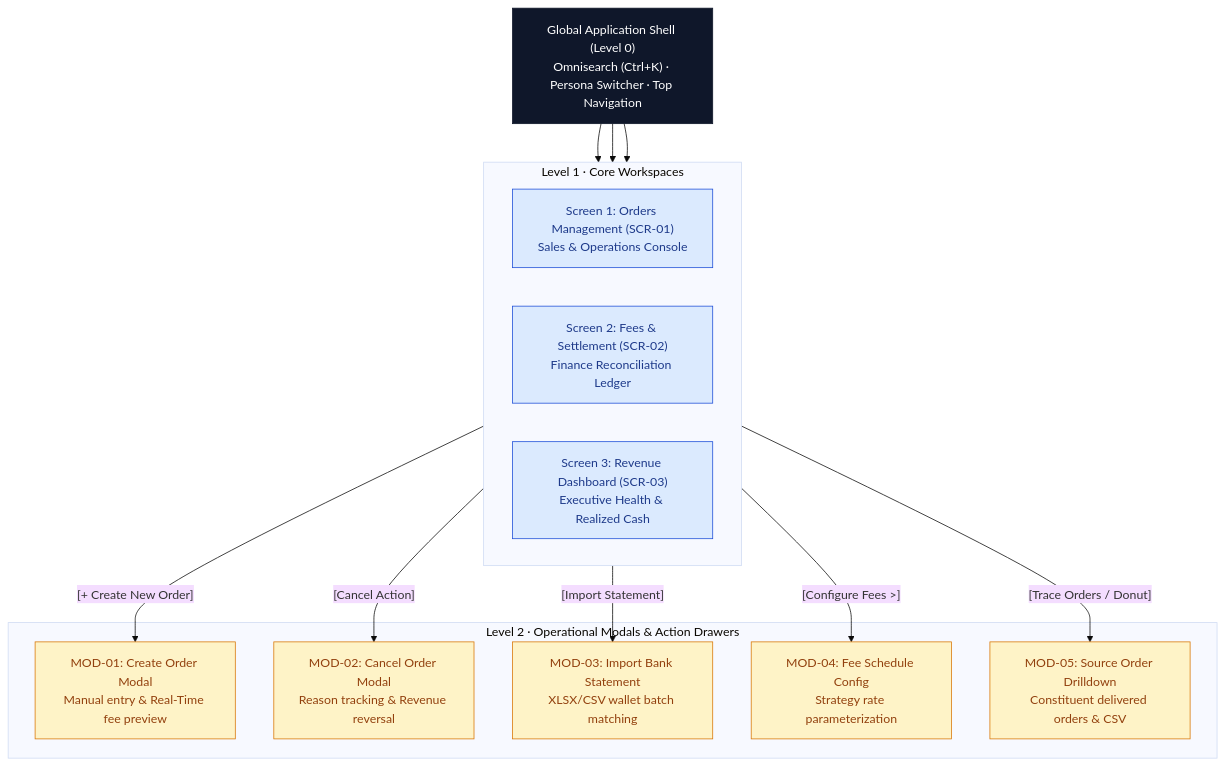
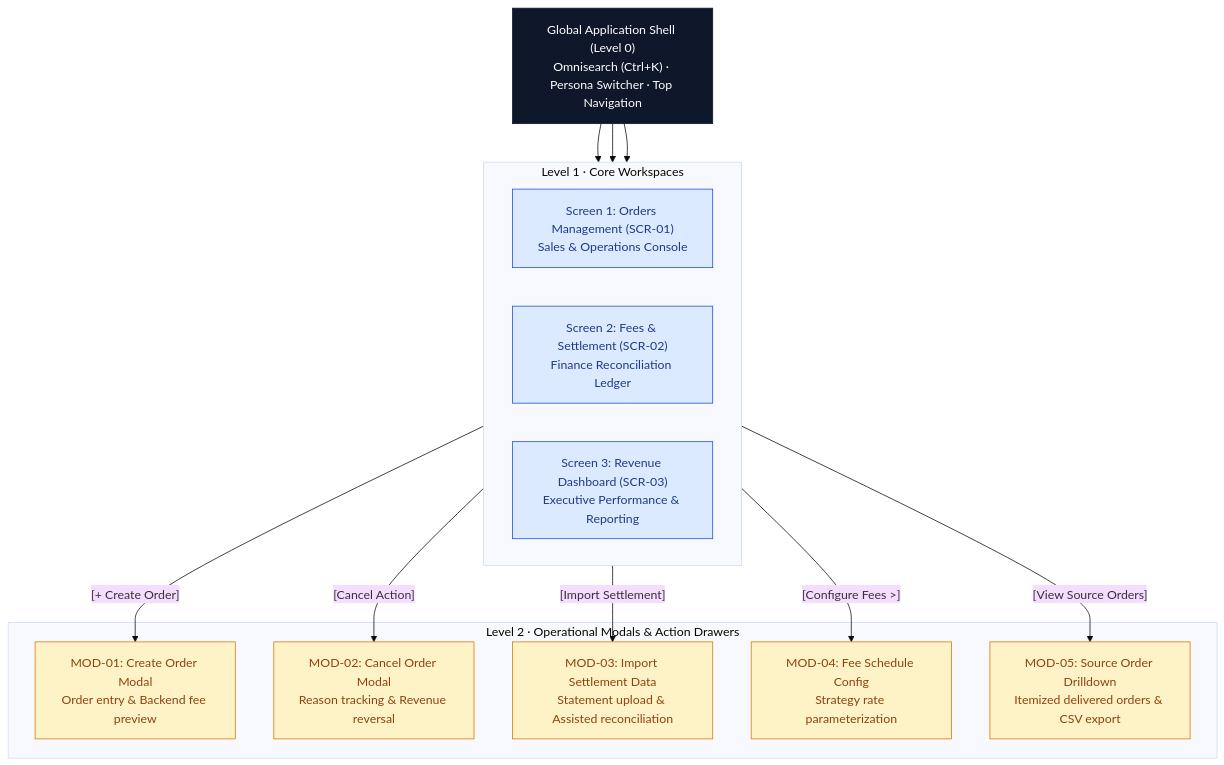
The first of 3 diagrams in docs/uiux_specifications.md (duchoa0405/Quanly_DoanhThu_LoiNhuan_DangDucHoa_VSF), drawn with Mermaid (base theme) before and after one commit. The commit also changed other lines of this file and 1 other file, not shown here.

Commit message:
docs(uiux): unify typography, remove badge colors, fix zero fee colors and separate table headers

````diff
--- a/docs/uiux_specifications.md
+++ b/docs/uiux_specifications.md
@@ -129,36 +280,36 @@
 ```mermaid
 flowchart TB
     Shell["Global Application Shell (Level 0)<br/>Omnisearch (Ctrl+K) · Persona Switcher · Top Navigation"]
 
     subgraph Screens["Level 1 · Core Workspaces"]
         direction LR
         SCR01["Screen 1: Orders Management (SCR-01)<br/>Sales & Operations Console"]
         SCR02["Screen 2: Fees & Settlement (SCR-02)<br/>Finance Reconciliation Ledger"]
-        SCR03["Screen 3: Revenue Dashboard (SCR-03)<br/>Executive Health & Realized Cash"]
+        SCR03["Screen 3: Revenue Dashboard (SCR-03)<br/>Executive Performance & Reporting"]
     end
 
     subgraph Modals["Level 2 · Operational Modals & Action Drawers"]
-        MOD01["MOD-01: Create Order Modal<br/>Manual entry & Real-Time fee preview"]
+        MOD01["MOD-01: Create Order Modal<br/>Order entry & Backend fee preview"]
         MOD02["MOD-02: Cancel Order Modal<br/>Reason tracking & Revenue reversal"]
-        MOD03["MOD-03: Import Bank Statement<br/>XLSX/CSV wallet batch matching"]
+        MOD03["MOD-03: Import Settlement Data<br/>Statement upload & Assisted reconciliation"]
         MOD04["MOD-04: Fee Schedule Config<br/>Strategy rate parameterization"]
-        MOD05["MOD-05: Source Order Drilldown<br/>Constituent delivered orders & CSV"]
+        MOD05["MOD-05: Source Order Drilldown<br/>Itemized delivered orders & CSV export"]
     end
 
     Shell --> SCR01
     Shell --> SCR02
     Shell --> SCR03
 
-    SCR01 -->|"[+ Create New Order]"| MOD01
+    SCR01 -->|"[+ Create Order]"| MOD01
     SCR01 -->|"[Cancel Action]"| MOD02
-    SCR02 -->|"[Import Statement]"| MOD03
+    SCR02 -->|"[Import Settlement]"| MOD03
     SCR02 -->|"[Configure Fees >]"| MOD04
-    SCR03 -->|"[Trace Orders / Donut]"| MOD05
+    SCR03 -->|"[View Source Orders]"| MOD05
 
     classDef shell fill:#0f172a,stroke:#0f172a,color:#ffffff
     classDef scr fill:#dbeafe,stroke:#1d4ed8,color:#1e3a8a
     classDef mod fill:#fef3c7,stroke:#d97706,color:#92400e
     class Shell shell
     class SCR01,SCR02,SCR03 scr
     class MOD01,MOD02,MOD03,MOD04,MOD05 mod
 ```
````
